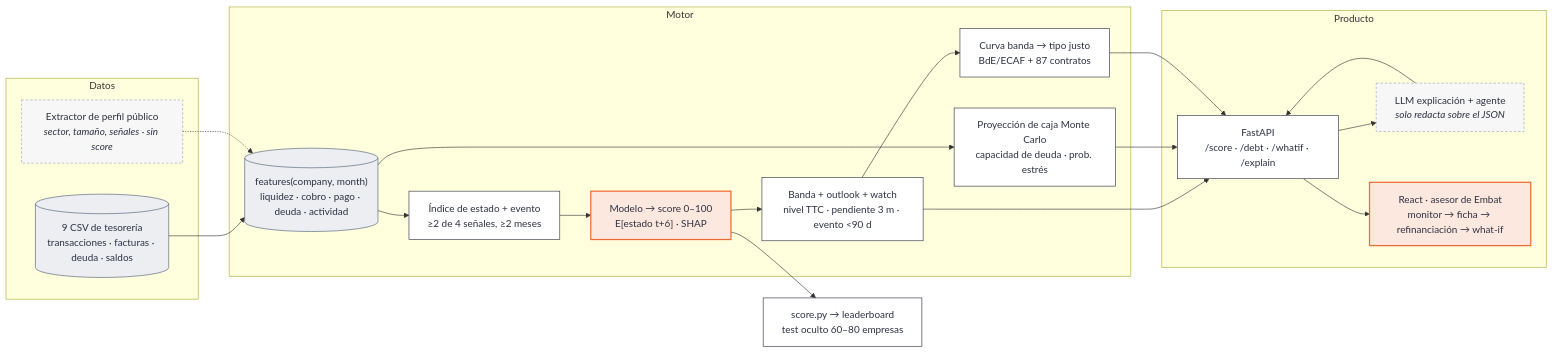
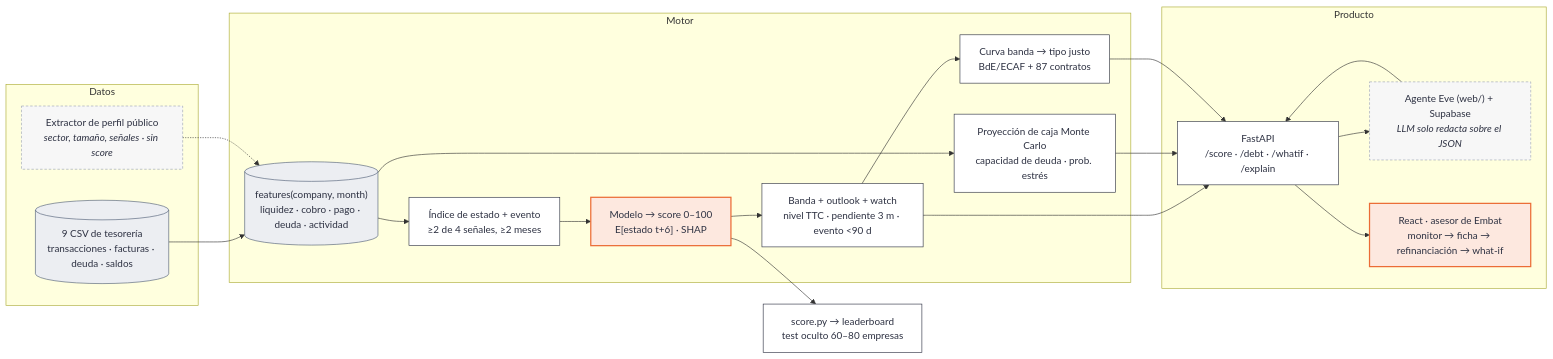
Before and after one commit to alvarovillalbaa/hackspain-2026: the diagram in README.md, drawn with Mermaid. The commit also changed other lines of this file and 201 other files, not shown here.

````diff
--- a/README.md
+++ b/README.md
@@ -16,42 +16,42 @@
 ```mermaid
 flowchart LR
     classDef focal fill:#fde8df,stroke:#eb6c36,stroke-width:2px,color:#2d3142
     classDef store fill:#eceef2,stroke:#4f5d75,color:#2d3142
     classDef ext fill:#f7f7f7,stroke:#9aa3b5,stroke-dasharray:4 3,color:#2d3142
     classDef node fill:#ffffff,stroke:#2d3142,color:#2d3142
 
     subgraph DATOS["Datos"]
         CSV[("9 CSV de tesorería<br/>transacciones · facturas · deuda · saldos")]:::store
         PUB["Extractor de perfil público<br/><i>sector, tamaño, señales · sin score</i>"]:::ext
     end
 
     subgraph MOTOR["Motor"]
         FEAT[("features(company, month)<br/>liquidez · cobro · pago · deuda · actividad")]:::store
         IDX["Índice de estado + evento<br/>≥2 de 4 señales, ≥2 meses"]:::node
         MODEL["Modelo → score 0–100<br/>E[estado t+6] · SHAP"]:::focal
         BAND["Banda + outlook + watch<br/>nivel TTC · pendiente 3 m · evento &lt;90 d"]:::node
         MC["Proyección de caja Monte Carlo<br/>capacidad de deuda · prob. estrés"]:::node
         RATE["Curva banda → tipo justo<br/>BdE/ECAF + 87 contratos"]:::node
     end
 
     subgraph PRODUCTO["Producto"]
         API["FastAPI<br/>/score · /debt · /whatif · /explain"]:::node
-        LLM["LLM explicación + agente<br/><i>solo redacta sobre el JSON</i>"]:::ext
+        LLM["Agente Eve (web/) + Supabase<br/><i>LLM solo redacta sobre el JSON</i>"]:::ext
         FRONT["React · asesor de Embat<br/>monitor → ficha → refinanciación → what-if"]:::focal
     end
 
     LB["score.py → leaderboard<br/>test oculto 60–80 empresas"]:::node
 
     CSV --> FEAT
     PUB -.-> FEAT
     FEAT --> IDX --> MODEL
     FEAT --> MC
     MODEL --> BAND
     BAND --> RATE
     MODEL --> LB
     BAND --> API
     MC --> API
     RATE --> API
     API --> LLM --> API
     API --> FRONT
 ```
````
